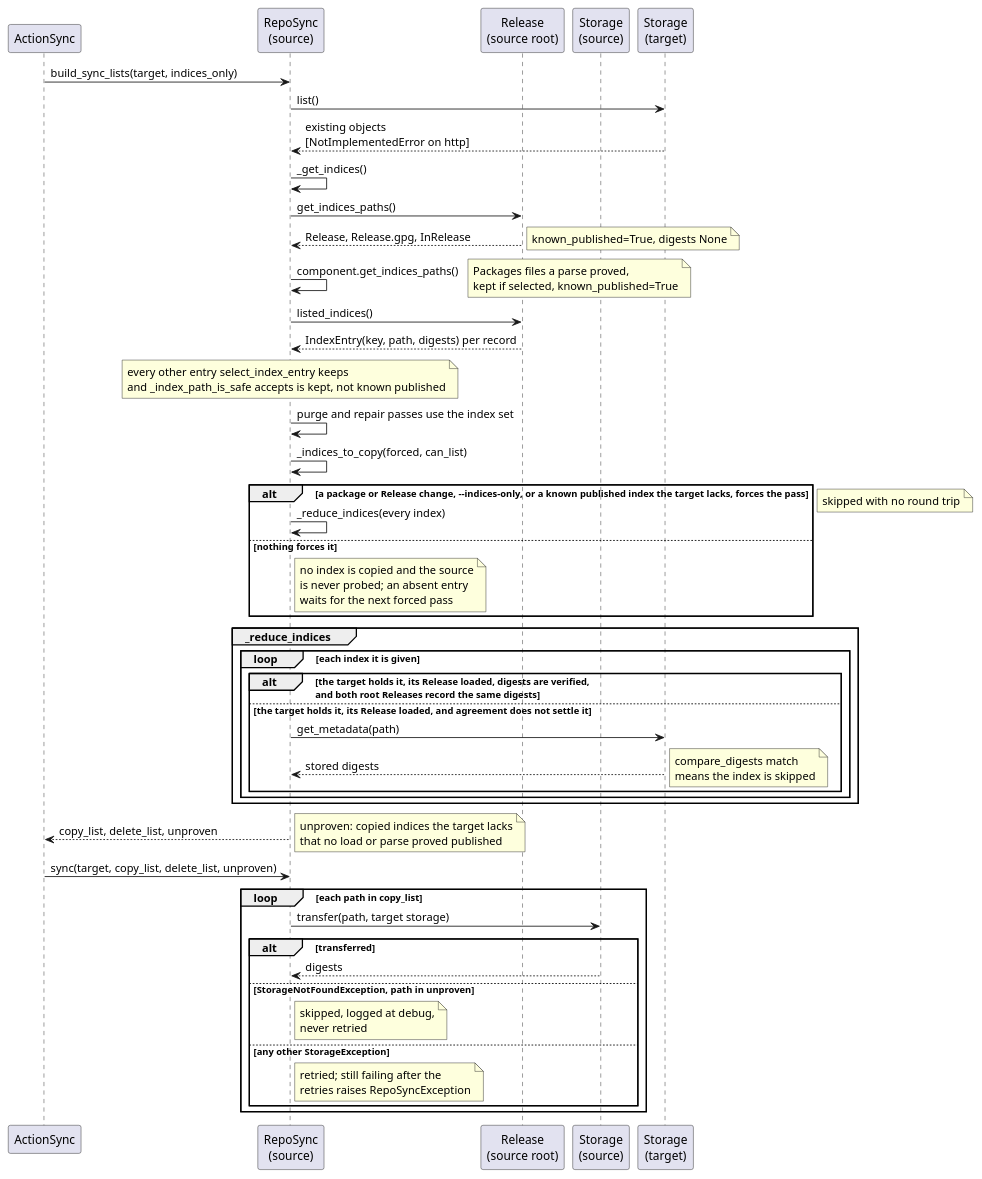
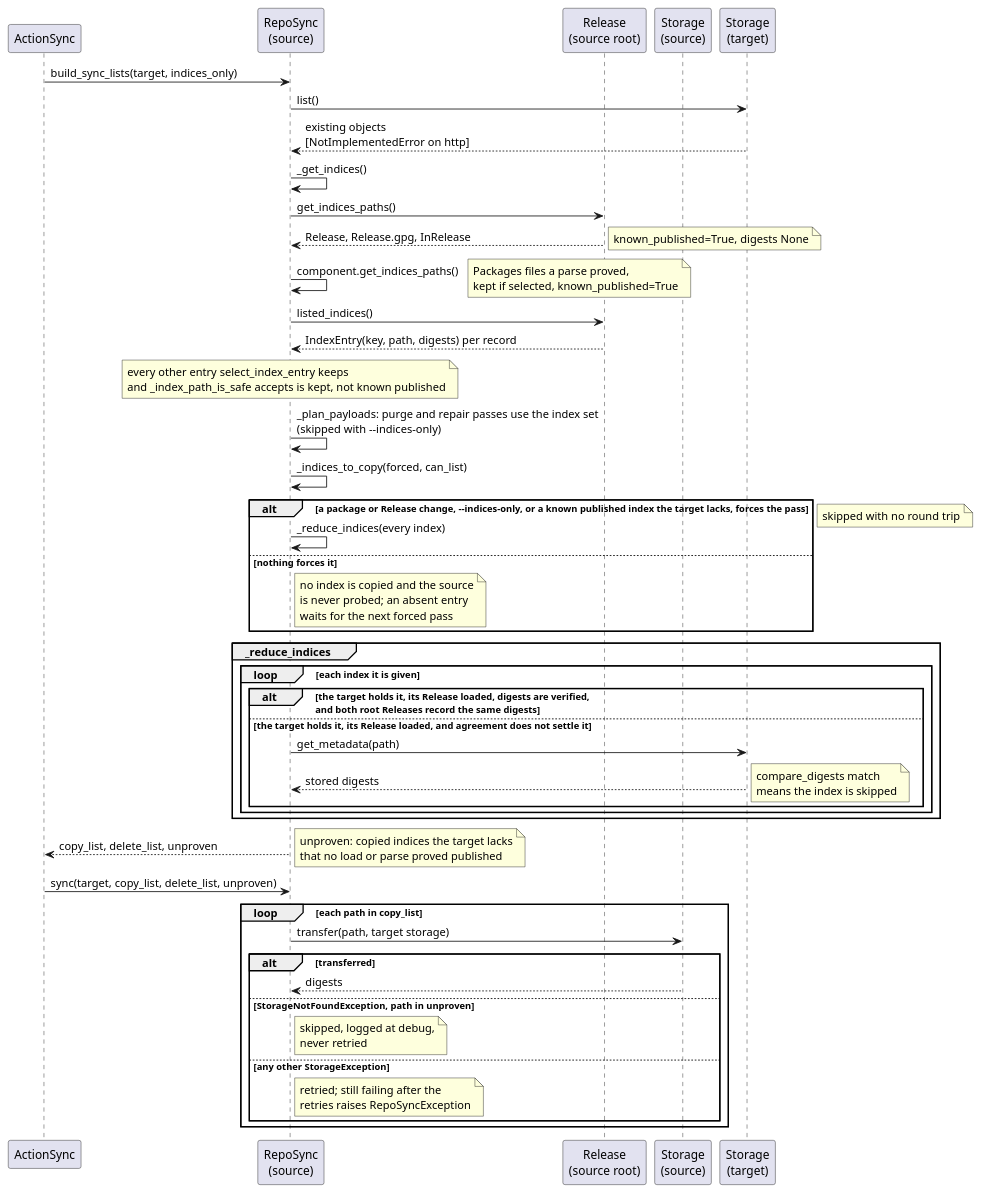
One commit to vinklat/debkit changed the diagram in docs/development/diagrams/repo-sync-indices-sequence.puml. Above: the diagram before and after it, drawn with PlantUML. The commit also changed 3 other files, not shown here.

```diff
--- a/docs/development/diagrams/repo-sync-indices-sequence.puml
+++ b/docs/development/diagrams/repo-sync-indices-sequence.puml
@@ -1,58 +1,58 @@
 @startuml
 participant ActionSync
 participant "RepoSync\n(source)" as Src
 participant "Release\n(source root)" as Rel
 participant "Storage\n(source)" as SStor
 participant "Storage\n(target)" as TStor
 
 ActionSync -> Src: build_sync_lists(target, indices_only)
 Src -> TStor: list()
 TStor --> Src: existing objects\n[NotImplementedError on http]
 
 Src -> Src: _get_indices()
 Src -> Rel: get_indices_paths()
 Rel --> Src: Release, Release.gpg, InRelease
 note right: known_published=True, digests None
 Src -> Src: component.get_indices_paths()
 note right: Packages files a parse proved,\nkept if selected, known_published=True
 Src -> Rel: listed_indices()
 Rel --> Src: IndexEntry(key, path, digests) per record
 
 note over Src: every other entry select_index_entry keeps\nand _index_path_is_safe accepts is kept, not known published
 
-Src -> Src: purge and repair passes use the index set
+Src -> Src: _plan_payloads: purge and repair passes use the index set\n(skipped with --indices-only)
 
 Src -> Src: _indices_to_copy(forced, can_list)
 alt a package or Release change, --indices-only, or a known published index the target lacks, forces the pass
   Src -> Src: _reduce_indices(every index)
 else nothing forces it
   note right of Src: no index is copied and the source\nis never probed; an absent entry\nwaits for the next forced pass
 end
 
 group _reduce_indices
   loop each index it is given
     alt the target holds it, its Release loaded, digests are verified,\nand both root Releases record the same digests
       note right: skipped with no round trip
     else the target holds it, its Release loaded, and agreement does not settle it
       Src -> TStor: get_metadata(path)
       TStor --> Src: stored digests
       note right: compare_digests match\nmeans the index is skipped
     end
   end
 end
 
 Src --> ActionSync: copy_list, delete_list, unproven
 note right: unproven: copied indices the target lacks\nthat no load or parse proved published
 
 ActionSync -> Src: sync(target, copy_list, delete_list, unproven)
 loop each path in copy_list
   Src -> SStor: transfer(path, target storage)
   alt transferred
     SStor --> Src: digests
   else StorageNotFoundException, path in unproven
     note right of Src: skipped, logged at debug,\nnever retried
   else any other StorageException
     note right of Src: retried; still failing after the\nretries raises RepoSyncException
   end
 end
 @enduml
```
